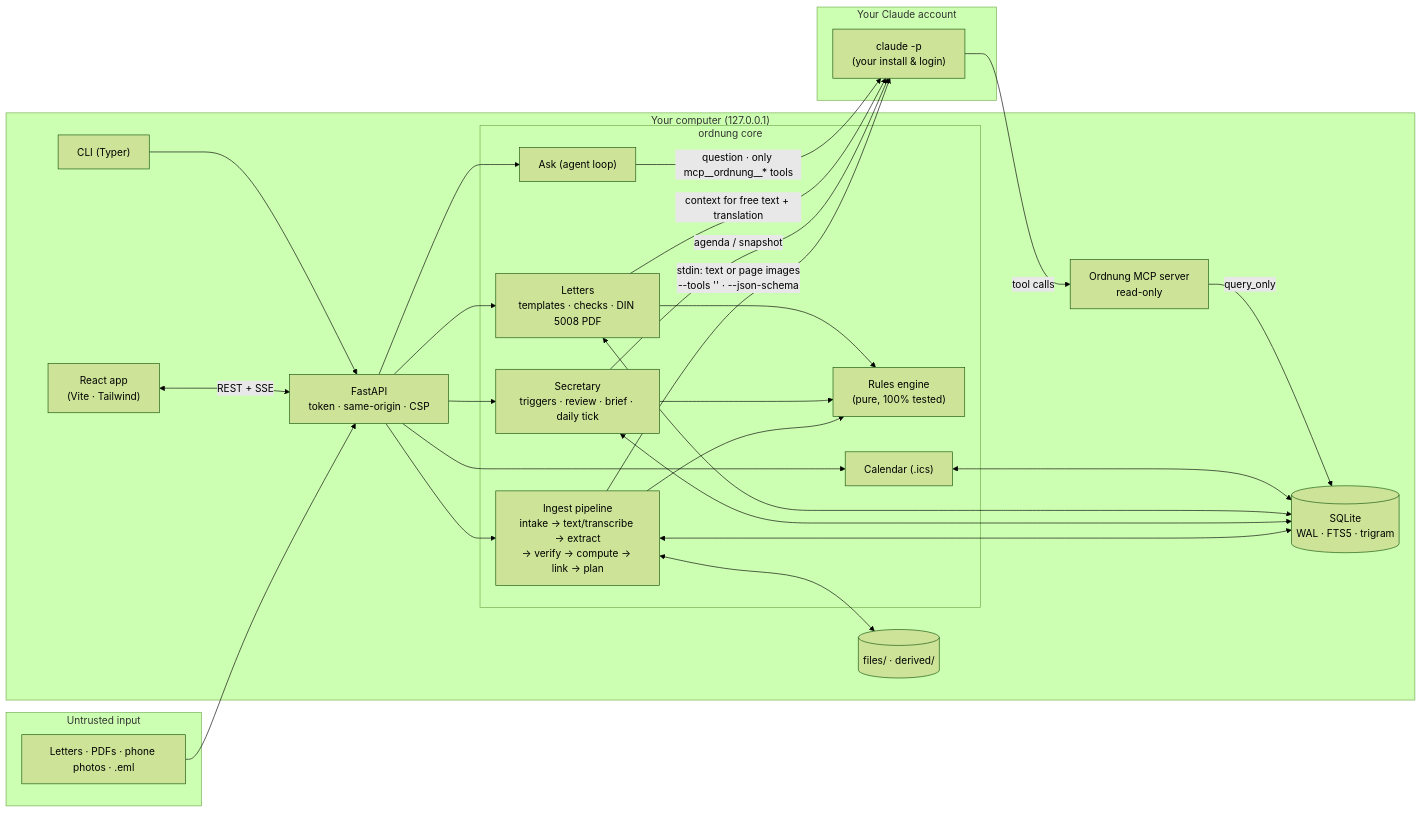
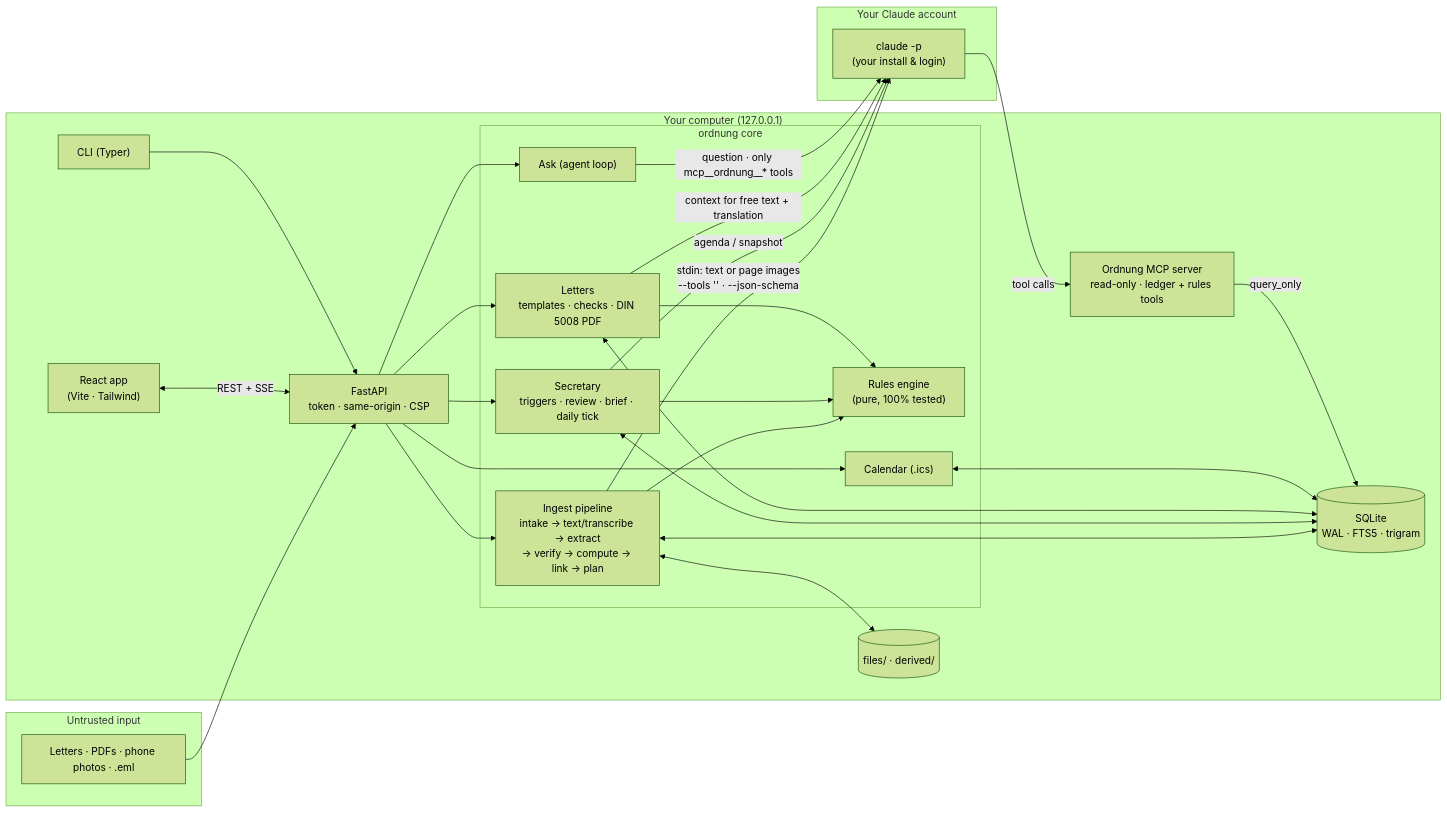
One commit to ahmedEid1/ordnung changed the first of 5 diagrams in docs/architecture.md. Above: the diagram before and after it, drawn with Mermaid (forest theme). The commit also changed other lines of this file and 10 other files, not shown here.

First line of the commit message:
Publish the fourth condition and document the rules tools

````diff
--- a/docs/architecture.md
+++ b/docs/architecture.md
@@ -9,43 +9,43 @@
 ```mermaid
 flowchart LR
   subgraph untrusted["Untrusted input"]
     L["Letters · PDFs · phone photos · .eml"]
   end
 
   subgraph local["Your computer (127.0.0.1)"]
     UI["React app<br/>(Vite · Tailwind)"]
     CLI["CLI (Typer)"]
     API["FastAPI<br/>token · same-origin · CSP"]
     subgraph core["ordnung core"]
       ING["Ingest pipeline<br/>intake → text/transcribe → extract<br/>→ verify → compute → link → plan"]
       RUL["Rules engine<br/>(pure, 100% tested)"]
       SEC["Secretary<br/>triggers · review · brief · daily tick"]
       ASK["Ask (agent loop)"]
       DRF["Letters<br/>templates · checks · DIN 5008 PDF"]
       ICS["Calendar (.ics)"]
     end
     DB[("SQLite<br/>WAL · FTS5 · trigram")]
     FS[("files/ · derived/")]
-    MCP["Ordnung MCP server<br/>read-only"]
+    MCP["Ordnung MCP server<br/>read-only · ledger + rules tools"]
   end
 
   subgraph account["Your Claude account"]
     CC["claude -p<br/>(your install & login)"]
   end
 
   L --> API
   UI <-->|REST + SSE| API
   CLI --> API
   API --> ING & SEC & ASK & DRF & ICS
   ING --> RUL
   SEC --> RUL
   DRF --> RUL
   ING & SEC & DRF & ICS <--> DB
   ING <--> FS
   ING -->|"stdin: text or page images<br/>--tools '' · --json-schema"| CC
   SEC -->|"agenda / snapshot"| CC
   DRF -->|"context for free text + translation"| CC
   ASK -->|"question · only mcp__ordnung__* tools"| CC
   CC -->|tool calls| MCP
   MCP -->|"query_only"| DB
 ```
````
